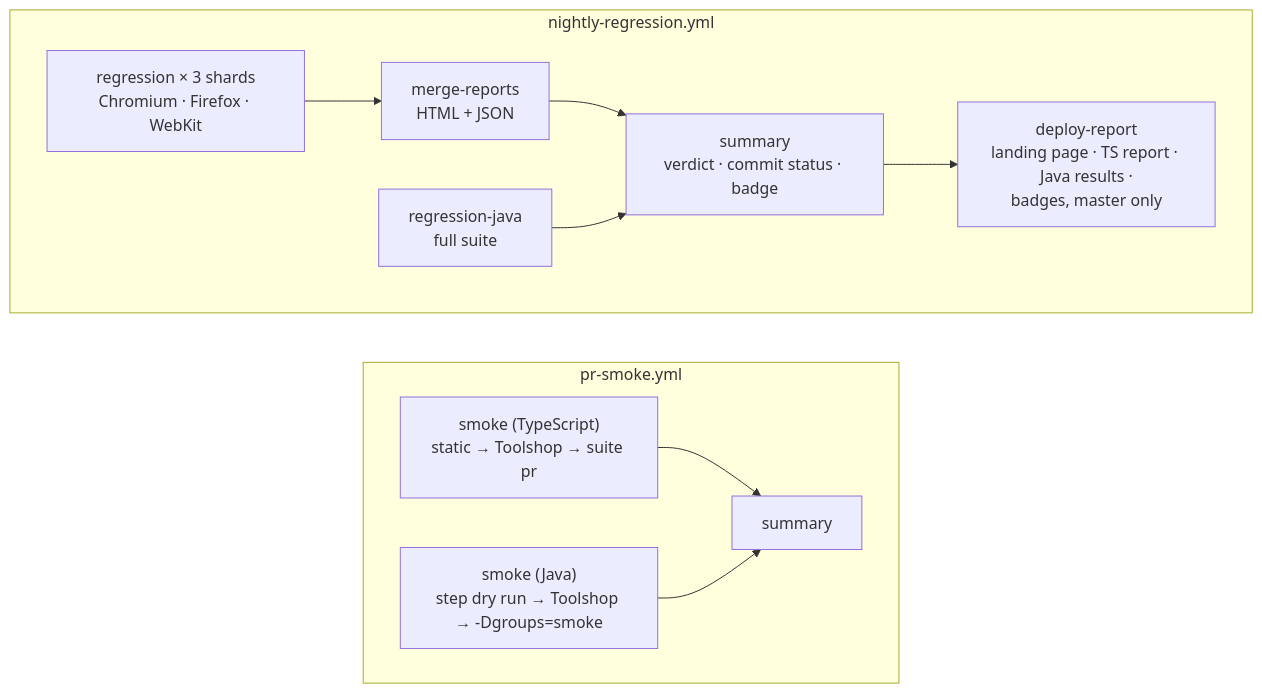
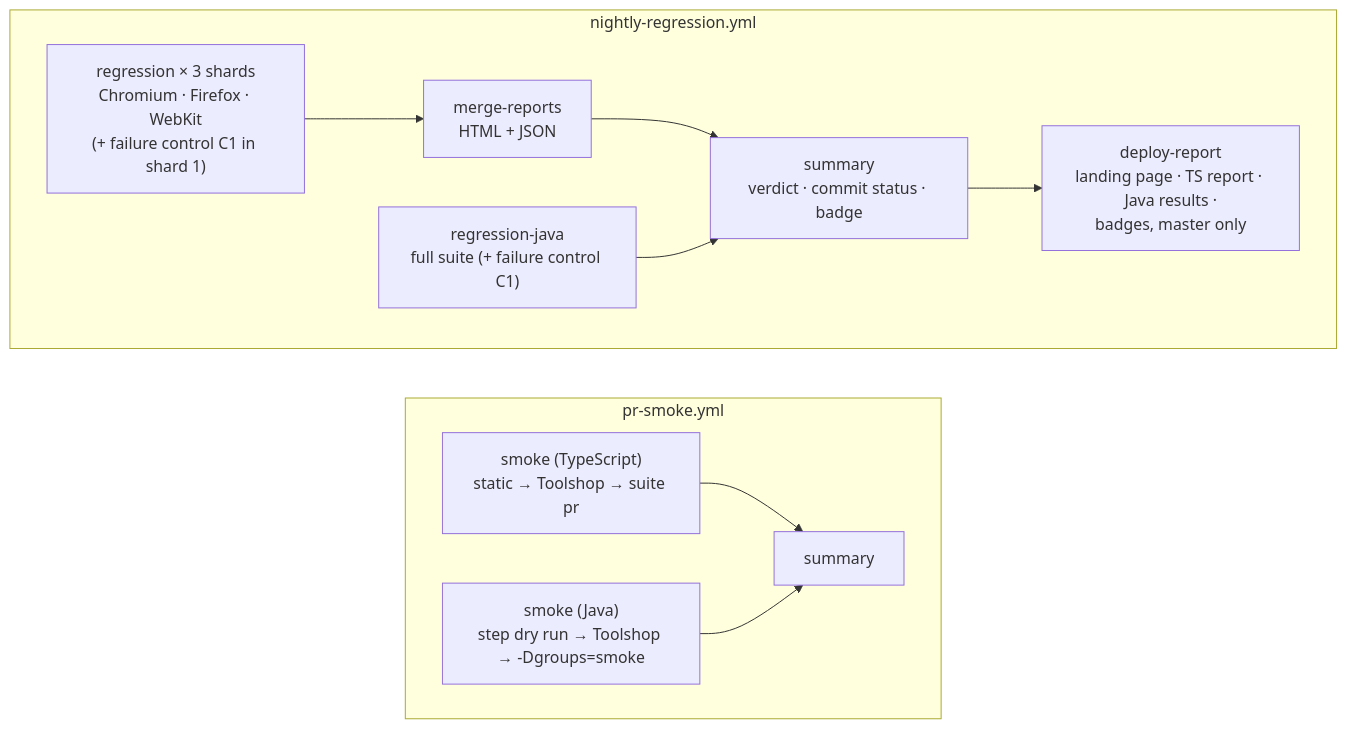
One commit to junchunip-hue/playwright-e2e-showcase changed the diagram in docs/ci.md. Above: the diagram before and after it, drawn with Mermaid. The commit also changed other lines of this file and 9 other files, not shown here.

First line of the commit message:
Docs and comments: cover the failure control everywhere

````diff
--- a/docs/ci.md
+++ b/docs/ci.md
@@ -29,14 +29,14 @@
 ```mermaid
 flowchart LR
   subgraph PRW["pr-smoke.yml"]
     direction LR
     A["smoke (TypeScript)<br/>static → Toolshop → suite pr"] --> C["summary"]
     B["smoke (Java)<br/>step dry run → Toolshop → -Dgroups=smoke"] --> C
   end
   subgraph NW["nightly-regression.yml"]
     direction LR
-    R["regression × 3 shards<br/>Chromium · Firefox · WebKit"] --> M["merge-reports<br/>HTML + JSON"] --> S["summary<br/>verdict · commit status · badge"]
-    RJ["regression-java<br/>full suite"] --> S
+    R["regression × 3 shards<br/>Chromium · Firefox · WebKit<br/>(+ failure control C1 in shard 1)"] --> M["merge-reports<br/>HTML + JSON"] --> S["summary<br/>verdict · commit status · badge"]
+    RJ["regression-java<br/>full suite (+ failure control C1)"] --> S
     S --> D["deploy-report<br/>landing page · TS report · Java results ·<br/>badges, master only"]
   end
 ```
````
